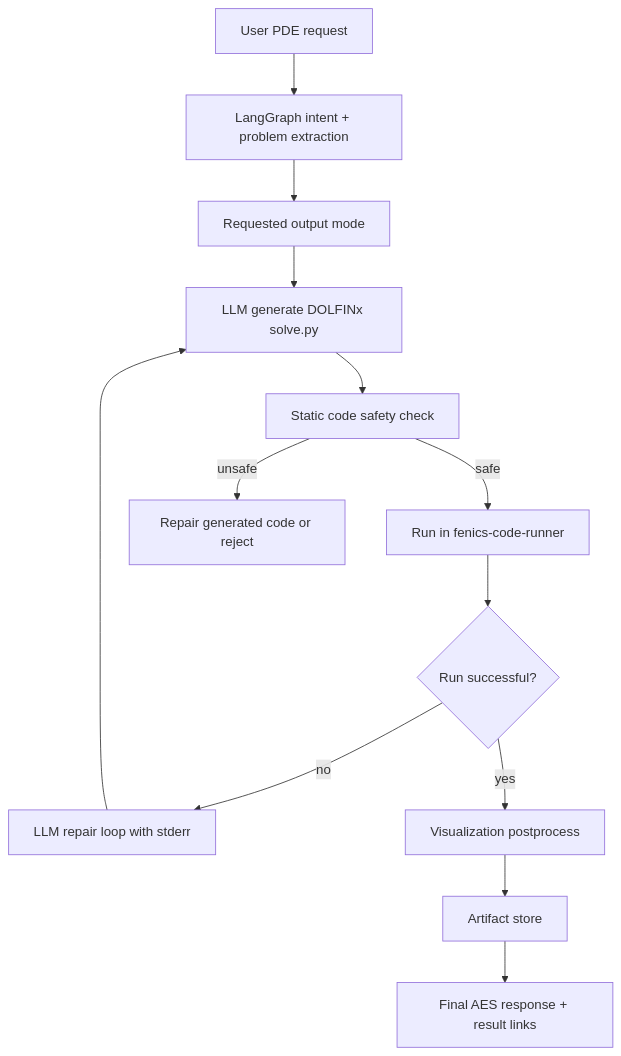
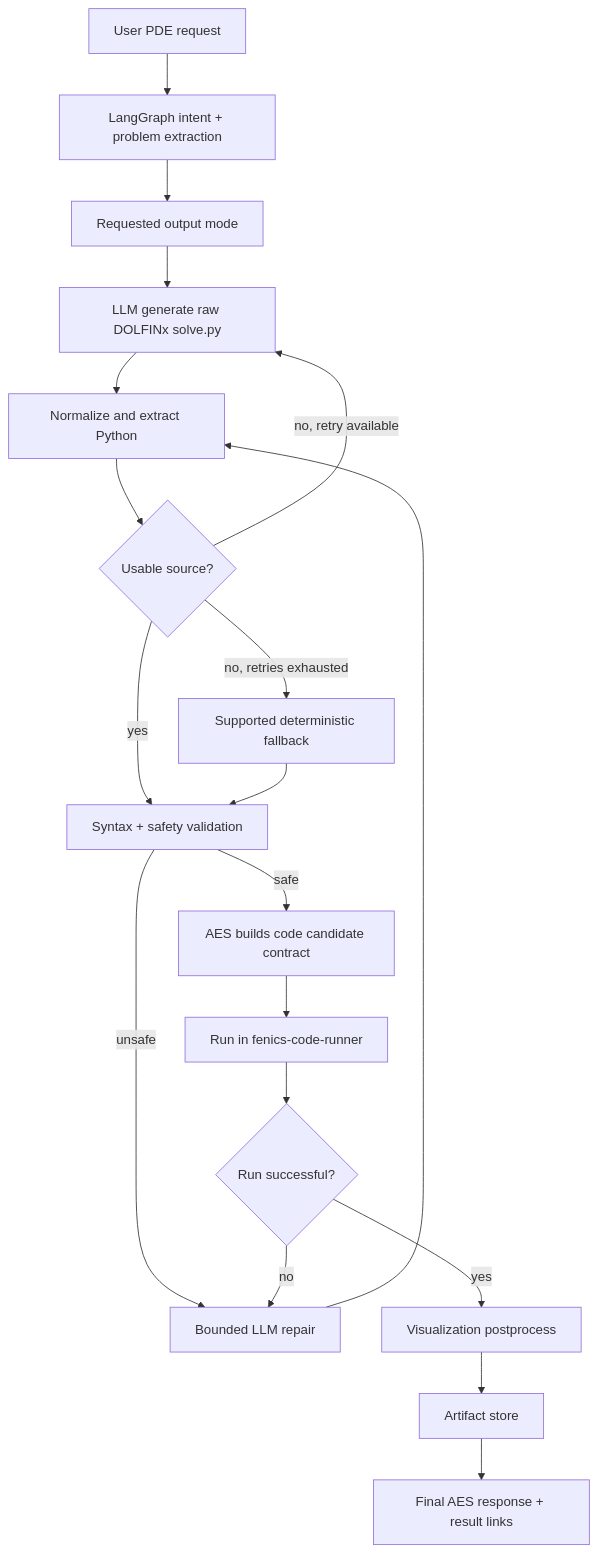
One commit to RadmirG/AES changed the eighth of 10 diagrams in docs/architecture.md. Above: the diagram before and after it, drawn with Mermaid. The commit also changed 18 other files, not shown here.

````diff
--- a/docs/architecture.md
+++ b/docs/architecture.md
@@ -246,15 +246,21 @@
 ```mermaid
 flowchart TD
     A["User PDE request"] --> B["LangGraph intent + problem extraction"]
     B --> C["Requested output mode"]
-    C --> D["LLM generate DOLFINx solve.py"]
-    D --> E["Static code safety check"]
-    E -->|safe| F["Run in fenics-code-runner"]
-    E -->|unsafe| G["Repair generated code or reject"]
-    F --> H{"Run successful?"}
-    H -->|no| I["LLM repair loop with stderr"]
-    I --> D
-    H -->|yes| J["Visualization postprocess"]
-    J --> K["Artifact store"]
-    K --> L["Final AES response + result links"]
+    C --> D["LLM generate raw DOLFINx solve.py"]
+    D --> E["Normalize and extract Python"]
+    E --> F{"Usable source?"}
+    F -->|"no, retry available"| D
+    F -->|"no, retries exhausted"| G["Supported deterministic fallback"]
+    F -->|yes| H["Syntax + safety validation"]
+    G --> H
+    H -->|unsafe| I["Bounded LLM repair"]
+    I --> E
+    H -->|safe| J["AES builds code candidate contract"]
+    J --> K["Run in fenics-code-runner"]
+    K --> L{"Run successful?"}
+    L -->|no| I
+    L -->|yes| M["Visualization postprocess"]
+    M --> N["Artifact store"]
+    N --> O["Final AES response + result links"]
 ```
````
